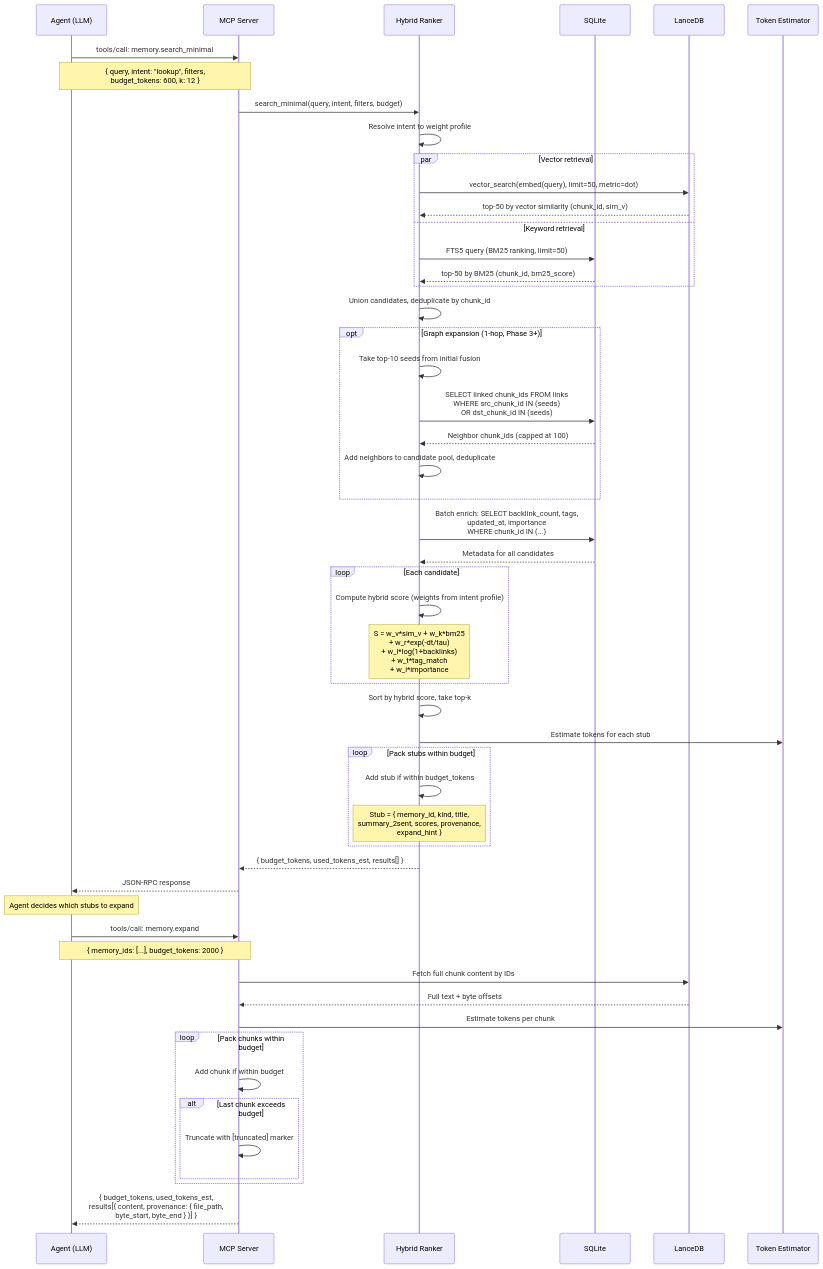
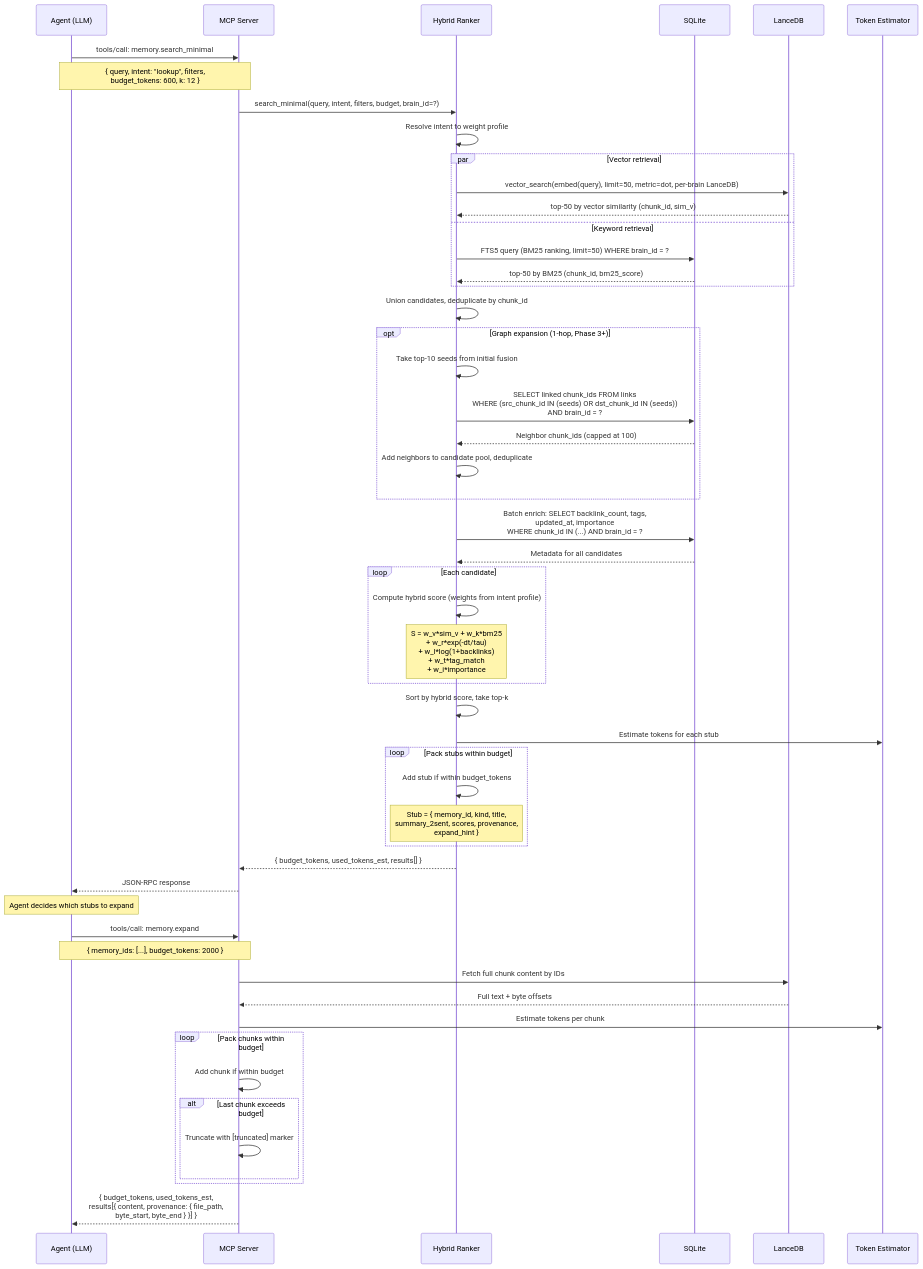
Before and after one commit to benediktms/brain: the fourth of 9 diagrams in docs/ARCHITECTURE.md, drawn with Mermaid. The commit also changed other lines of this file and 59 other files, not shown here.

````diff
--- a/docs/ARCHITECTURE.md
+++ b/docs/ARCHITECTURE.md
@@ -278,69 +281,69 @@
 ```mermaid
 sequenceDiagram
     participant LLM as Agent (LLM)
     participant MCP as MCP Server
     participant HR as Hybrid Ranker
     participant DB as SQLite
     participant Vec as LanceDB
     participant TE as Token Estimator
 
     LLM->>MCP: tools/call: memory.search_minimal
     Note over LLM,MCP: { query, intent: "lookup", filters,<br/>budget_tokens: 600, k: 12 }
 
-    MCP->>HR: search_minimal(query, intent, filters, budget)
+    MCP->>HR: search_minimal(query, intent, filters, budget, brain_id=?)
     HR->>HR: Resolve intent to weight profile
 
     par Vector retrieval
-        HR->>Vec: vector_search(embed(query), limit=50, metric=dot)
+        HR->>Vec: vector_search(embed(query), limit=50, metric=dot, per-brain LanceDB)
         Vec-->>HR: top-50 by vector similarity (chunk_id, sim_v)
     and Keyword retrieval
-        HR->>DB: FTS5 query (BM25 ranking, limit=50)
+        HR->>DB: FTS5 query (BM25 ranking, limit=50) WHERE brain_id = ?
         DB-->>HR: top-50 by BM25 (chunk_id, bm25_score)
     end
 
     HR->>HR: Union candidates, deduplicate by chunk_id
 
     opt Graph expansion (1-hop, Phase 3+)
         HR->>HR: Take top-10 seeds from initial fusion
-        HR->>DB: SELECT linked chunk_ids FROM links<br/>WHERE src_chunk_id IN (seeds)<br/>OR dst_chunk_id IN (seeds)
+        HR->>DB: SELECT linked chunk_ids FROM links<br/>WHERE (src_chunk_id IN (seeds) OR dst_chunk_id IN (seeds))<br/>AND brain_id = ?
         DB-->>HR: Neighbor chunk_ids (capped at 100)
         HR->>HR: Add neighbors to candidate pool, deduplicate
     end
 
-    HR->>DB: Batch enrich: SELECT backlink_count, tags,<br/>updated_at, importance<br/>WHERE chunk_id IN (...)
+    HR->>DB: Batch enrich: SELECT backlink_count, tags,<br/>updated_at, importance<br/>WHERE chunk_id IN (...) AND brain_id = ?
     DB-->>HR: Metadata for all candidates
 
     loop Each candidate
         HR->>HR: Compute hybrid score (weights from intent profile)
         Note over HR: S = w_v*sim_v + w_k*bm25<br/>  + w_r*exp(-dt/tau)<br/>  + w_l*log(1+backlinks)<br/>  + w_t*tag_match<br/>  + w_i*importance
     end
 
     HR->>HR: Sort by hybrid score, take top-k
     HR->>TE: Estimate tokens for each stub
 
     loop Pack stubs within budget
         HR->>HR: Add stub if within budget_tokens
         Note over HR: Stub = { memory_id, kind, title,<br/>summary_2sent, scores, provenance,<br/>expand_hint }
     end
 
     HR-->>MCP: { budget_tokens, used_tokens_est, results[] }
     MCP-->>LLM: JSON-RPC response
 
     Note over LLM: Agent decides which stubs to expand
 
     LLM->>MCP: tools/call: memory.expand
     Note over LLM,MCP: { memory_ids: [...], budget_tokens: 2000 }
 
     MCP->>Vec: Fetch full chunk content by IDs
     Vec-->>MCP: Full text + byte offsets
 
     MCP->>TE: Estimate tokens per chunk
     loop Pack chunks within budget
         MCP->>MCP: Add chunk if within budget
         alt Last chunk exceeds budget
             MCP->>MCP: Truncate with [truncated] marker
         end
     end
 
     MCP-->>LLM: { budget_tokens, used_tokens_est,<br/>results[{ content, provenance: { file_path,<br/>byte_start, byte_end } }] }
 ```
````
